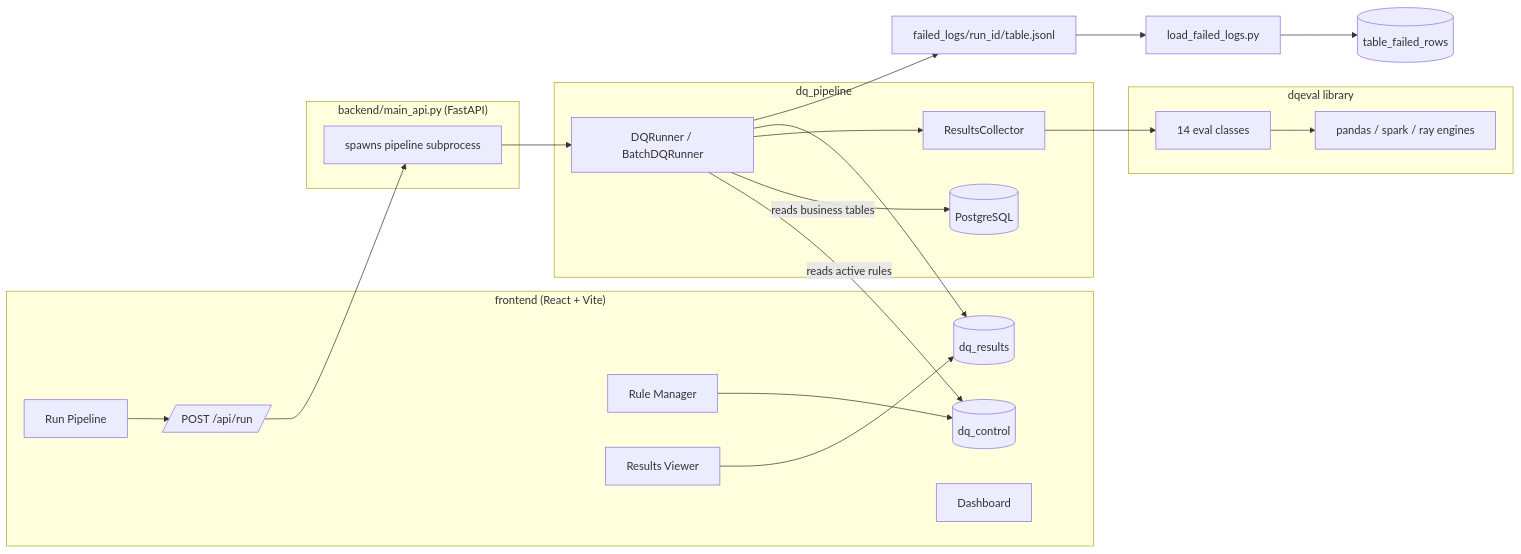
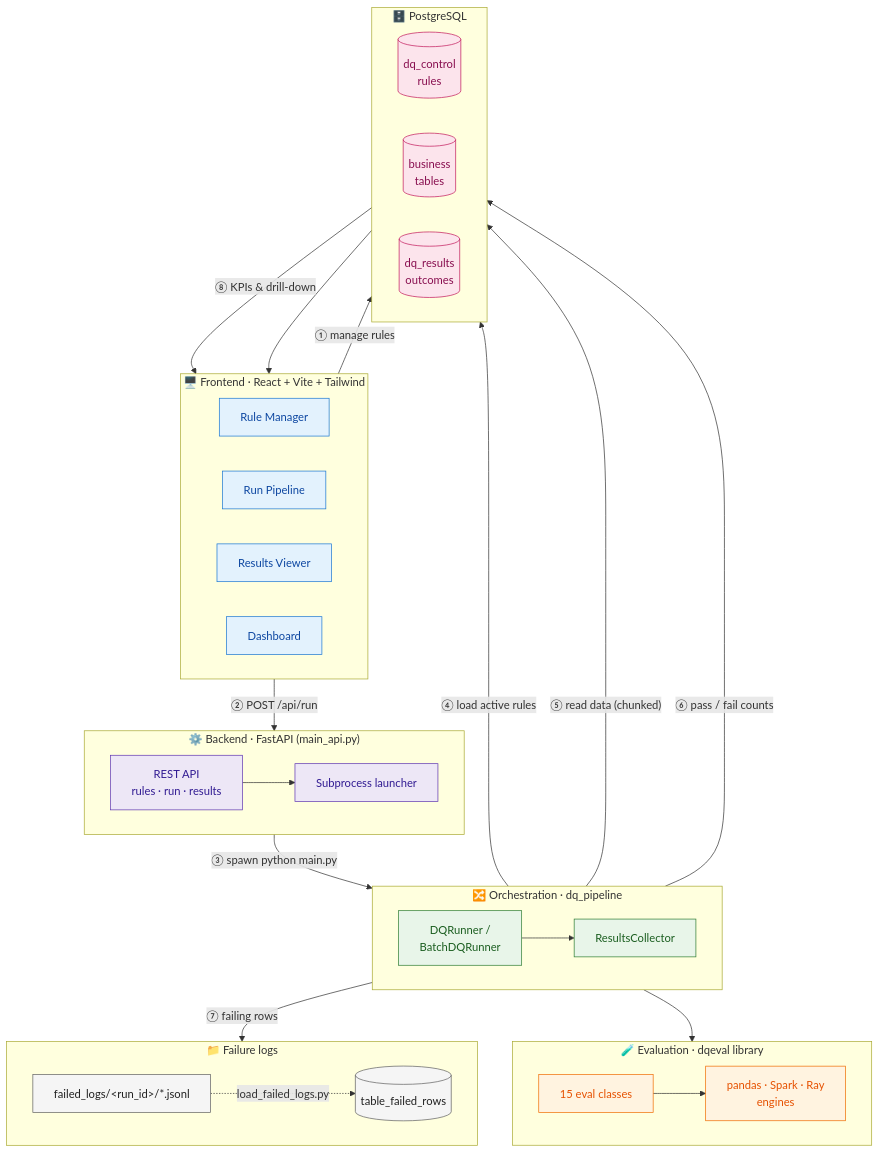
One commit to Murali10052003/Data-Quality-Evaluation changed the diagram in Readme.md. Above: the diagram before and after it, drawn with Mermaid. The commit also changed other lines of this file, not shown here.

````diff
--- a/Readme.md
+++ b/Readme.md
@@ -48,25 +54,69 @@
 ```mermaid
-flowchart LR
-    subgraph UI["frontend (React + Vite)"]
-        RM[Rule Manager] --> DQC[(dq_control)]
-        RP[Run Pipeline] --> API[/POST /api/run/]
-        RV[Results Viewer] --> DQR[(dq_results)]
-        DASH[Dashboard]
+flowchart TB
+    subgraph UI["🖥️ Frontend · React + Vite + Tailwind"]
+        direction LR
+        RM["Rule Manager"]
+        RP["Run Pipeline"]
+        RV["Results Viewer"]
+        DASH["Dashboard"]
     end
-    subgraph BE["backend/main_api.py (FastAPI)"]
-        API --> SUB[spawns pipeline subprocess]
+
+    subgraph BE["⚙️ Backend · FastAPI (main_api.py)"]
+        direction LR
+        API["REST API<br/>rules · run · results"]
+        SUB["Subprocess launcher"]
     end
-    subgraph PIPE["dq_pipeline"]
-        SUB --> RUNNER[DQRunner / BatchDQRunner]
-        RUNNER -->|reads active rules| DQC
-        RUNNER -->|reads business tables| PG[(PostgreSQL)]
-        RUNNER --> RC[ResultsCollector]
+
+    subgraph PIPE["🔀 Orchestration · dq_pipeline"]
+        direction LR
+        RUNNER["DQRunner /<br/>BatchDQRunner"]
+        RC["ResultsCollector"]
     end
-    subgraph LIB["dqeval library"]
-        RC --> EVALS[14 eval classes]
-        EVALS --> ENGINES[pandas / spark / ray engines]
+
+    subgraph LIB["🧪 Evaluation · dqeval library"]
+        direction LR
+        EVALS["15 eval classes"]
+        ENGINES["pandas · Spark · Ray<br/>engines"]
     end
-    RUNNER --> DQR
-    RUNNER --> LOGS[failed_logs/run_id/table.jsonl]
-    LOGS --> LOADER[load_failed_logs.py] --> FAILROWS[(table_failed_rows)]
+
+    subgraph DATA["🗄️ PostgreSQL"]
+        direction LR
+        DQC[("dq_control<br/>rules")]
+        BIZ[("business<br/>tables")]
+        DQR[("dq_results<br/>outcomes")]
+    end
+
+    subgraph FILES["📁 Failure logs"]
+        direction LR
+        LOGS["failed_logs/&lt;run_id&gt;/*.jsonl"]
+        FAILROWS[("table_failed_rows")]
+    end
+
+    UI -->|"① manage rules"| DQC
+    RP -->|"② POST /api/run"| API
+    API --> SUB
+    SUB -->|"③ spawn python main.py"| RUNNER
+    RUNNER -->|"④ load active rules"| DQC
+    RUNNER -->|"⑤ read data (chunked)"| BIZ
+    RUNNER --> RC
+    RC --> EVALS --> ENGINES
+    RUNNER -->|"⑥ pass / fail counts"| DQR
+    RUNNER -->|"⑦ failing rows"| LOGS
+    LOGS -.->|"load_failed_logs.py"| FAILROWS
+    DQR -->|"⑧ KPIs & drill-down"| RV
+    DQR --> DASH
+
+    classDef ui fill:#e3f2fd,stroke:#1976d2,color:#0d47a1;
+    classDef be fill:#ede7f6,stroke:#5e35b1,color:#311b92;
+    classDef pipe fill:#e8f5e9,stroke:#2e7d32,color:#1b5e20;
+    classDef lib fill:#fff3e0,stroke:#ef6c00,color:#e65100;
+    classDef db fill:#fce4ec,stroke:#c2185b,color:#880e4f;
+    classDef files fill:#f5f5f5,stroke:#616161,color:#212121;
+
+    class RM,RP,RV,DASH ui;
+    class API,SUB be;
+    class RUNNER,RC pipe;
+    class EVALS,ENGINES lib;
+    class DQC,BIZ,DQR db;
+    class LOGS,FAILROWS files;
 ```
````
